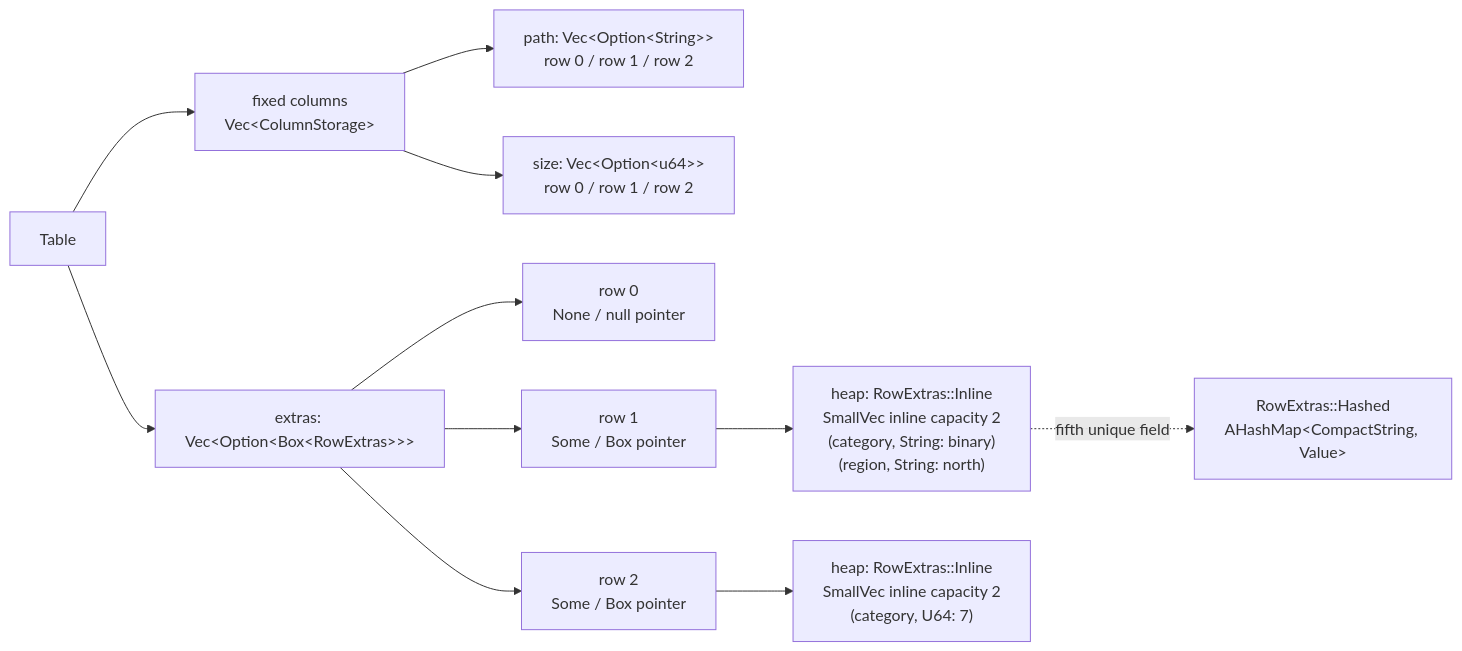
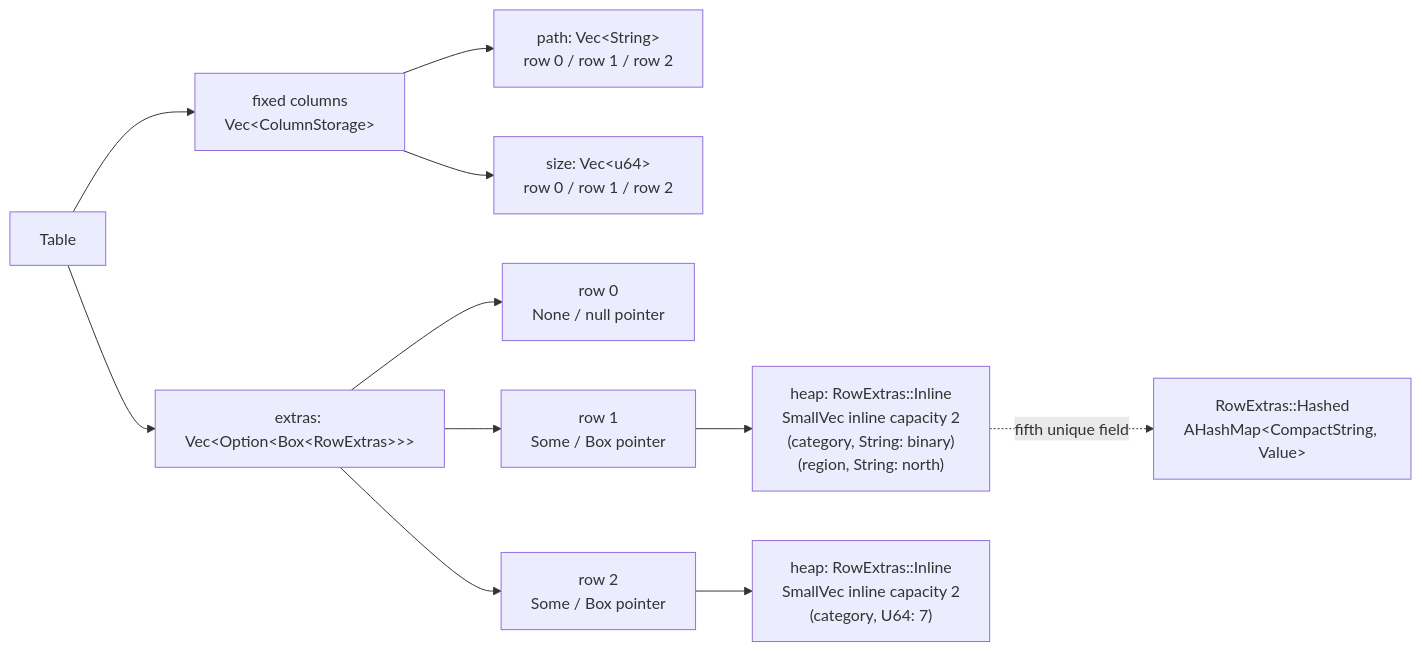
One commit to kjn-void/gd-rs changed the second of 2 diagrams in docs/high-level/table.md. Above: the diagram before and after it, drawn with Mermaid. The commit also changed other lines of this file and 20 other files, not shown here.

````diff
--- a/docs/high-level/table.md
+++ b/docs/high-level/table.md
@@ -44,16 +45,16 @@
 ```mermaid
 flowchart LR
     Table["Table"] --> Fixed["fixed columns<br/>Vec&lt;ColumnStorage&gt;"]
-    Fixed --> Path["path: Vec&lt;Option&lt;String&gt;&gt;<br/>row 0 / row 1 / row 2"]
-    Fixed --> Size["size: Vec&lt;Option&lt;u64&gt;&gt;<br/>row 0 / row 1 / row 2"]
+    Fixed --> Path["path: Vec&lt;String&gt;<br/>row 0 / row 1 / row 2"]
+    Fixed --> Size["size: Vec&lt;u64&gt;<br/>row 0 / row 1 / row 2"]
 
     Table --> Sidecar["extras: Vec&lt;Option&lt;Box&lt;RowExtras&gt;&gt;&gt;"]
     Sidecar --> Slot0["row 0<br/>None / null pointer"]
     Sidecar --> Slot1["row 1<br/>Some / Box pointer"]
     Sidecar --> Slot2["row 2<br/>Some / Box pointer"]
 
     Slot1 --> Heap1["heap: RowExtras::Inline<br/>SmallVec inline capacity 2<br/>(category, String: binary)<br/>(region, String: north)"]
     Slot2 --> Heap2["heap: RowExtras::Inline<br/>SmallVec inline capacity 2<br/>(category, U64: 7)"]
 
     Heap1 -. "fifth unique field" .-> Hashed["RowExtras::Hashed<br/>AHashMap&lt;CompactString, Value&gt;"]
 ```
````
